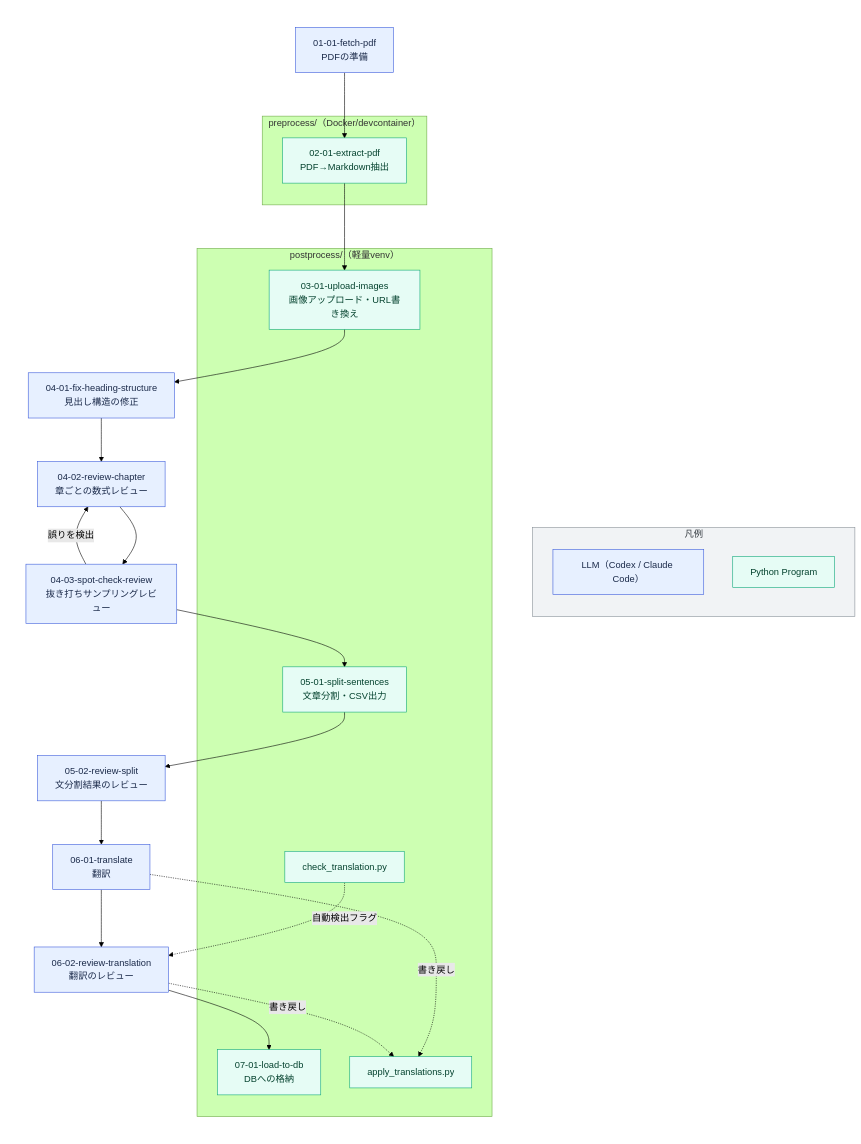
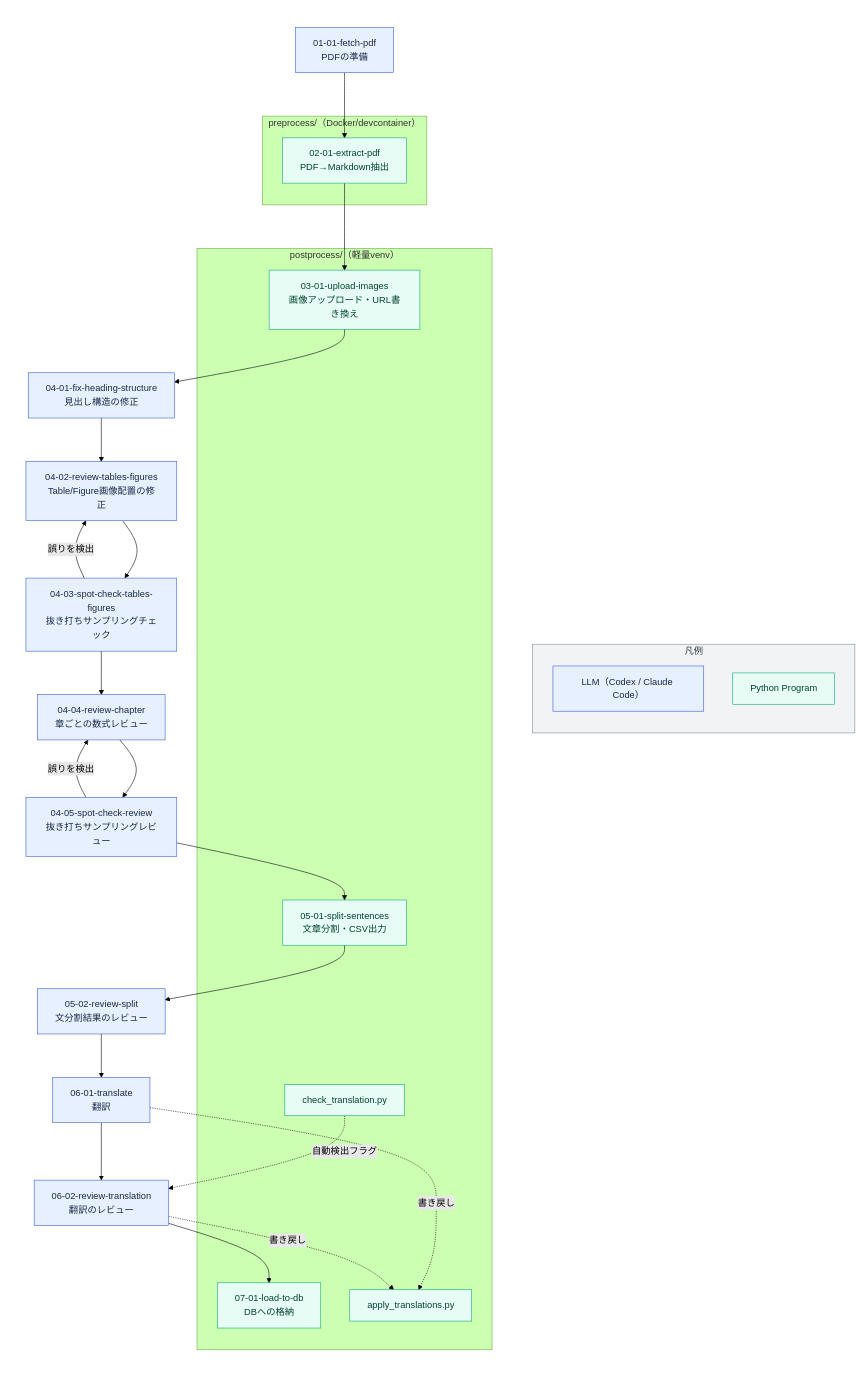
The diagram in docs/01_workflow.md (uk-lock/paper-reader), drawn with Mermaid (forest theme) before and after one commit. The commit also changed other lines of this file and 24 other files, not shown here.

````diff
--- a/docs/01_workflow.md
+++ b/docs/01_workflow.md
@@ -16,45 +16,48 @@
 ```mermaid
 flowchart LR
     subgraph pipeline[" "]
         direction TB
         S1["01-01-fetch-pdf<br/>PDFの準備"]:::llm --> S2["02-01-extract-pdf<br/>PDF→Markdown抽出"]:::prog
         S2 --> S3["03-01-upload-images<br/>画像アップロード・URL書き換え"]:::prog
         S3 --> S4["04-01-fix-heading-structure<br/>見出し構造の修正"]:::llm
-        S4 --> S5["04-02-review-chapter<br/>章ごとの数式レビュー"]:::llm
-        S5 --> S6["04-03-spot-check-review<br/>抜き打ちサンプリングレビュー"]:::llm
+        S4 --> S4a["04-02-review-tables-figures<br/>Table/Figure画像配置の修正"]:::llm
+        S4a --> S4b["04-03-spot-check-tables-figures<br/>抜き打ちサンプリングチェック"]:::llm
+        S4b -- 誤りを検出 --> S4a
+        S4b --> S5["04-04-review-chapter<br/>章ごとの数式レビュー"]:::llm
+        S5 --> S6["04-05-spot-check-review<br/>抜き打ちサンプリングレビュー"]:::llm
         S6 -- 誤りを検出 --> S5
         S6 --> S7["05-01-split-sentences<br/>文章分割・CSV出力"]:::prog
         S7 --> S8["05-02-review-split<br/>文分割結果のレビュー"]:::llm
         S8 --> S9["06-01-translate<br/>翻訳"]:::llm
         S9 --> S10["06-02-review-translation<br/>翻訳のレビュー"]:::llm
         S10 --> S11["07-01-load-to-db<br/>DBへの格納"]:::prog
 
         S9 -. 書き戻し .-> Sfn1["apply_translations.py"]:::prog
         S10 -. 書き戻し .-> Sfn1
         Sfn2["check_translation.py"]:::prog -. 自動検出フラグ .-> S10
 
         subgraph preprocess["preprocess/（Docker/devcontainer）"]
             S2
         end
         subgraph postprocess["postprocess/（軽量venv）"]
             S3
             S7
             Sfn1
             Sfn2
             S11
         end
     end
 
     subgraph legend["凡例"]
         direction TB
         LG1["LLM（Codex / Claude Code）"]:::llm
         LG2["Python Program"]:::prog
     end
 
     pipeline ~~~ legend
 
     classDef llm fill:#E7F0FF,stroke:#3B5BDB,color:#1B2A4A
     classDef prog fill:#E6FCF5,stroke:#0CA678,color:#04422E
     style legend fill:#F1F3F5,stroke:#868E96,color:#343A40
     style pipeline fill:none,stroke:none
 ```
````
